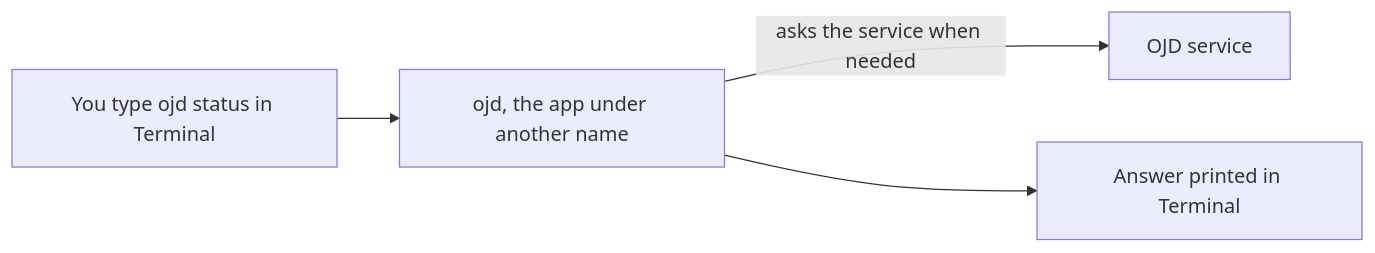
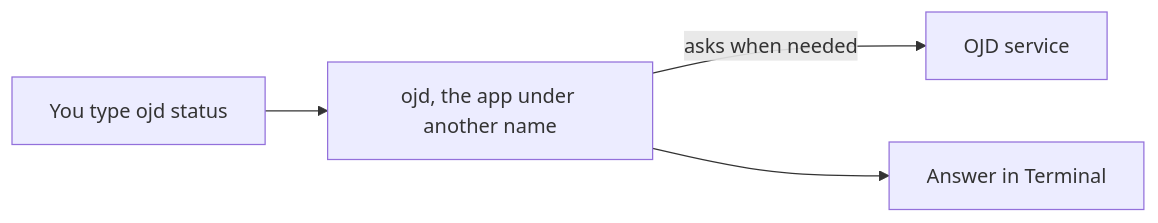
Before and after one commit to xsyetopz/OpenJoystickDriver: the diagram in wiki/Command-Line.md, drawn with Mermaid. The commit also changed other lines of this file, not shown here.

````diff
--- a/wiki/Command-Line.md
+++ b/wiki/Command-Line.md
@@ -7,6 +5,6 @@
 ```mermaid
 flowchart LR
-    T[You type ojd status in Terminal] --> O[ojd, the app under another name]
-    O -->|asks the service when needed| S[OJD service]
-    O --> R[Answer printed in Terminal]
+    T[You type ojd status] --> O[ojd, the app under another name]
+    O -->|asks when needed| S[OJD service]
+    O --> R[Answer in Terminal]
 ```
````
